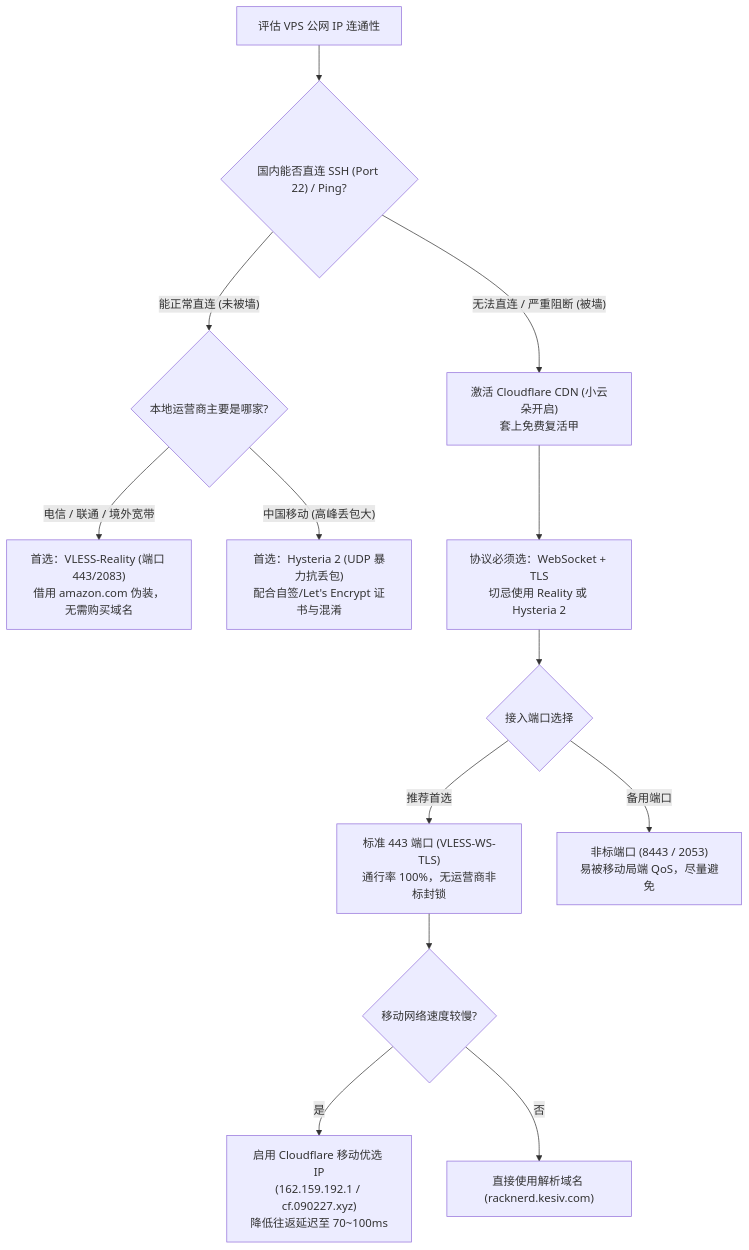
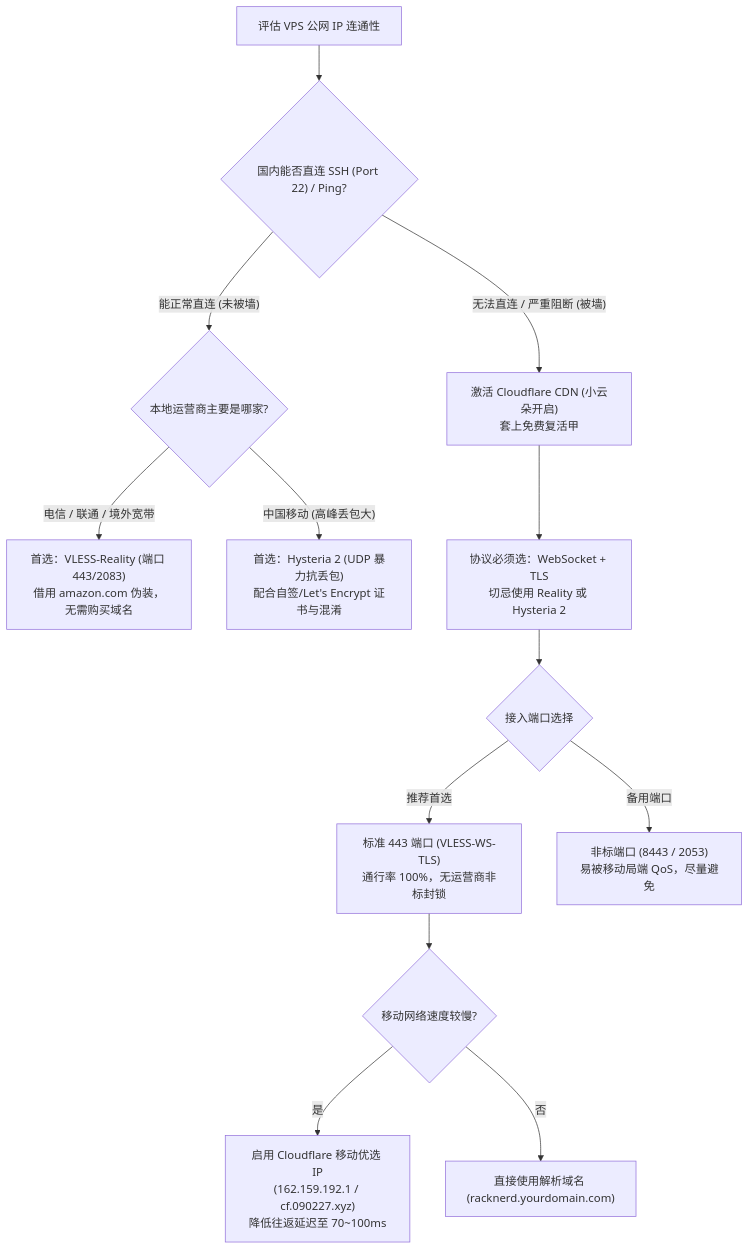
The second of 2 diagrams in docs/source/courses/geek_notes_and_ai_dialogues/stage2_llm_dialogues_and_prompts/23_case_vps_3xui_v2rayn_clash_verge_cloudflare_cdn_and_acl4ssr_routing_guide.md (ponyletter/py310sphinx_knowledge), drawn with Mermaid before and after one commit. The commit also changed other lines of this file and 367 other files, not shown here.

````diff
--- a/docs/source/courses/geek_notes_and_ai_dialogues/stage2_llm_dialogues_and_prompts/23_case_vps_3xui_v2rayn_clash_verge_cloudflare_cdn_and_acl4ssr_routing_guide.md
+++ b/docs/source/courses/geek_notes_and_ai_dialogues/stage2_llm_dialogues_and_prompts/23_case_vps_3xui_v2rayn_clash_verge_cloudflare_cdn_and_acl4ssr_routing_guide.md
@@ -264,18 +264,18 @@
 ```{mermaid}
 graph TD
     Start["评估 VPS 公网 IP 连通性"] --> CheckIP{"国内能否直连 SSH (Port 22) / Ping?"}
     
     CheckIP -- "能正常直连 (未被墙)" --> CheckISP{"本地运营商主要是哪家?"}
     CheckISP -- "电信 / 联通 / 境外宽带" --> PreferReality["首选：VLESS-Reality (端口 443/2083)<br/>借用 amazon.com 伪装，无需购买域名"]
     CheckISP -- "中国移动 (高峰丢包大)" --> PreferHy2["首选：Hysteria 2 (UDP 暴力抗丢包)<br/>配合自签/Let's Encrypt 证书与混淆"]
     
     CheckIP -- "无法直连 / 严重阻断 (被墙)" --> UseCF["激活 Cloudflare CDN (小云朵开启)<br/>套上免费复活甲"]
     UseCF --> CFProtocol["协议必须选：WebSocket + TLS<br/>切忌使用 Reality 或 Hysteria 2"]
     CFProtocol --> CFPort{"接入端口选择"}
     CFPort -- "推荐首选" --> Port443["标准 443 端口 (VLESS-WS-TLS)<br/>通行率 100%，无运营商非标封锁"]
     CFPort -- "备用端口" --> PortOther["非标端口 (8443 / 2053)<br/>易被移动局端 QoS，尽量避免"]
     
     Port443 --> MobileOpt{"移动网络速度较慢?"}
     MobileOpt -- "是" --> BestIP["启用 Cloudflare 移动优选 IP<br/>(162.159.192.1 / cf.090227.xyz)<br/>降低往返延迟至 70~100ms"]
-    MobileOpt -- "否" --> DefaultDomain["直接使用解析域名 (racknerd.kesiv.com)"]
+    MobileOpt -- "否" --> DefaultDomain["直接使用解析域名 (racknerd.yourdomain.com)"]
 ```
````
